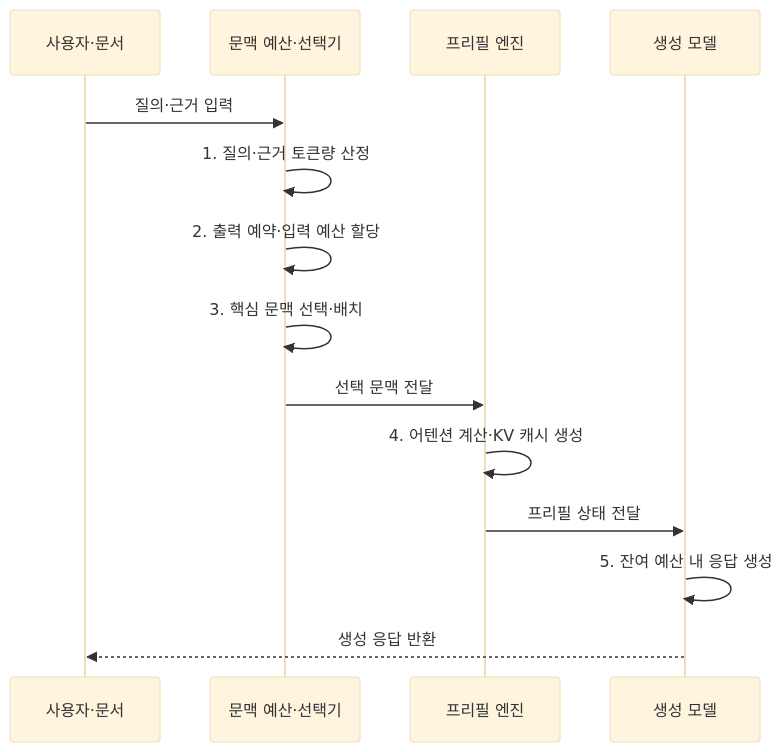
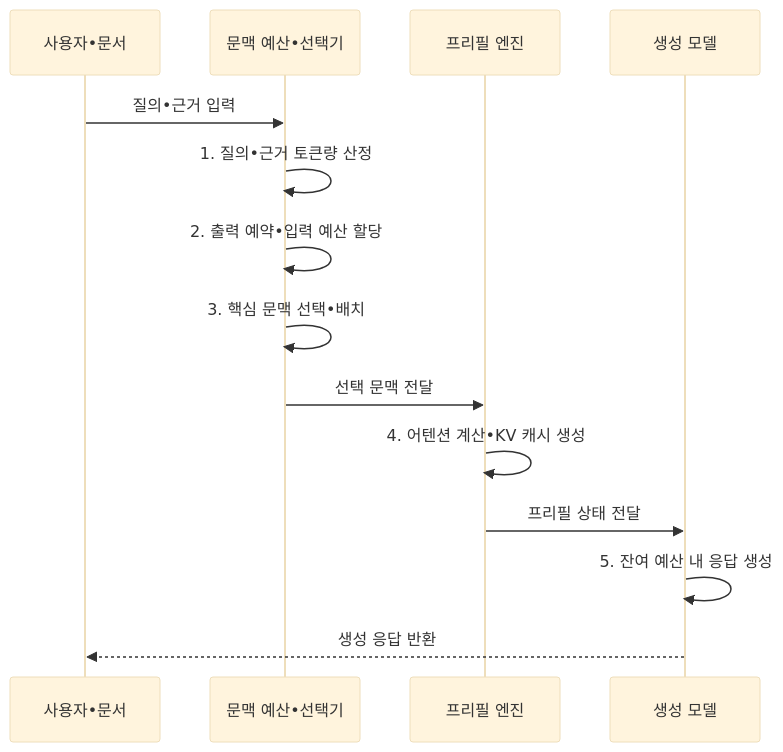
One commit to agnusdei1207/knowledge-base changed the second of 2 diagrams in src/content/docs/notes/08-latest-tech/033_context_window.md. Above: the diagram before and after it, drawn with Mermaid (base theme). The commit also changed other lines of this file and 953 other files, not shown here.

````diff
--- a/src/content/docs/notes/08-latest-tech/033_context_window.md
+++ b/src/content/docs/notes/08-latest-tech/033_context_window.md
@@ -105,16 +105,16 @@
 ```mermaid
 sequenceDiagram
-    participant U as 사용자·문서
-    participant B as 문맥 예산·선택기
+    participant U as 사용자•문서
+    participant B as 문맥 예산•선택기
     participant P as 프리필 엔진
     participant M as 생성 모델
-    U->>B: 질의·근거 입력
-    B->>B: 1. 질의·근거 토큰량 산정
-    B->>B: 2. 출력 예약·입력 예산 할당
-    B->>B: 3. 핵심 문맥 선택·배치
+    U->>B: 질의•근거 입력
+    B->>B: 1. 질의•근거 토큰량 산정
+    B->>B: 2. 출력 예약•입력 예산 할당
+    B->>B: 3. 핵심 문맥 선택•배치
     B->>P: 선택 문맥 전달
-    P->>P: 4. 어텐션 계산·KV 캐시 생성
+    P->>P: 4. 어텐션 계산•KV 캐시 생성
     P->>M: 프리필 상태 전달
     M->>M: 5. 잔여 예산 내 응답 생성
     M-->>U: 생성 응답 반환
 ```
````
